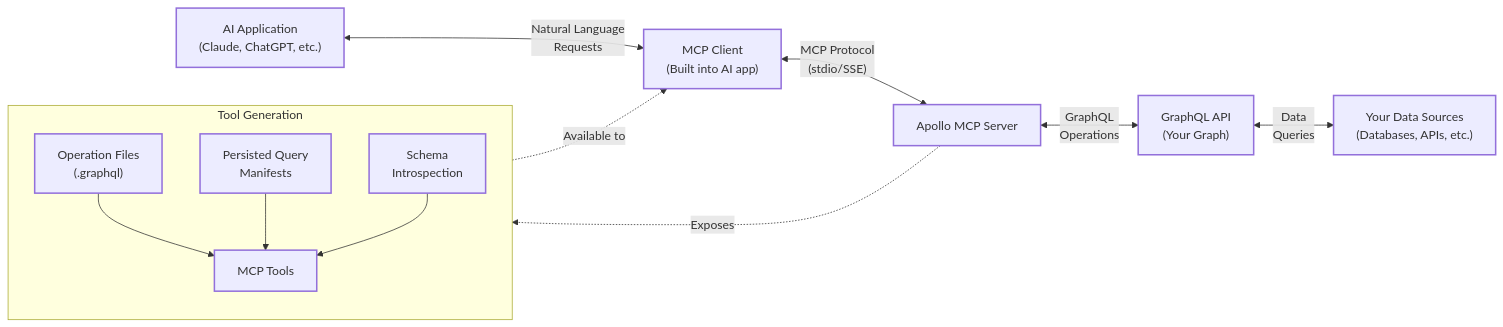
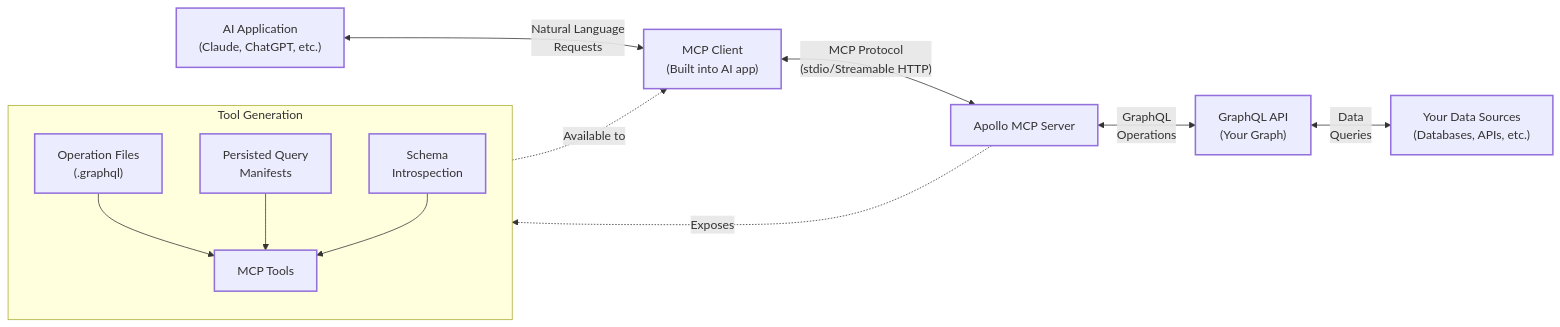
Before and after one commit to sasansamit/apollo-mcp-server: the diagram in docs/source/index.mdx, drawn with Mermaid.

Commit message:
docs: replace SSE with Streamable HTTP in the diagram

````diff
--- a/docs/source/index.mdx
+++ b/docs/source/index.mdx
@@ -32,47 +32,47 @@
 ```mermaid
 graph LR
     %% Nodes
     AI["AI Application\n(Claude, ChatGPT, etc.)"]
     MCPClient["MCP Client\n(Built into AI app)"]
     MCPServer["Apollo MCP Server"]
     GraphQL["GraphQL API\n(Your Graph)"]
     Data["Your Data Sources\n(Databases, APIs, etc.)"]
 
     %% Connections
     AI <-->|"Natural Language\nRequests"| MCPClient
-    MCPClient <-->|"MCP Protocol\n(stdio/SSE)"| MCPServer
+    MCPClient <-->|"MCP Protocol\n(stdio/Streamable HTTP)"| MCPServer
     MCPServer <-->|"GraphQL\nOperations"| GraphQL
     GraphQL <-->|"Data\nQueries"| Data
 
     %% Tool Generation
     subgraph ToolGeneration[Tool Generation]
         direction TB
         OpFiles["Operation Files\n(.graphql)"]
         PQM["Persisted Query\nManifests"]
         Introspection["Schema\nIntrospection"]
         Tools["MCP Tools"]
         
         OpFiles --> Tools
         PQM --> Tools
         Introspection --> Tools
     end
 
     MCPServer -.->|"Exposes"| Tools
     Tools -.->|"Available to"| MCPClient
 
     %% Styling
     classDef default stroke-width:1px
     classDef aiClient stroke-width:2px
     classDef mcpComponent stroke-width:2px
     classDef apolloComponent stroke-width:2px
     classDef apiComponent stroke-width:2px
     classDef dataComponent stroke-width:2px
 
     class AI aiClient
     class MCPClient mcpComponent
     class MCPServer apolloComponent
     class GraphQL apiComponent
     class Data dataComponent
     class OpFiles,PQM,Introspection apolloComponent
     class Tools mcpComponent
 ```
````
